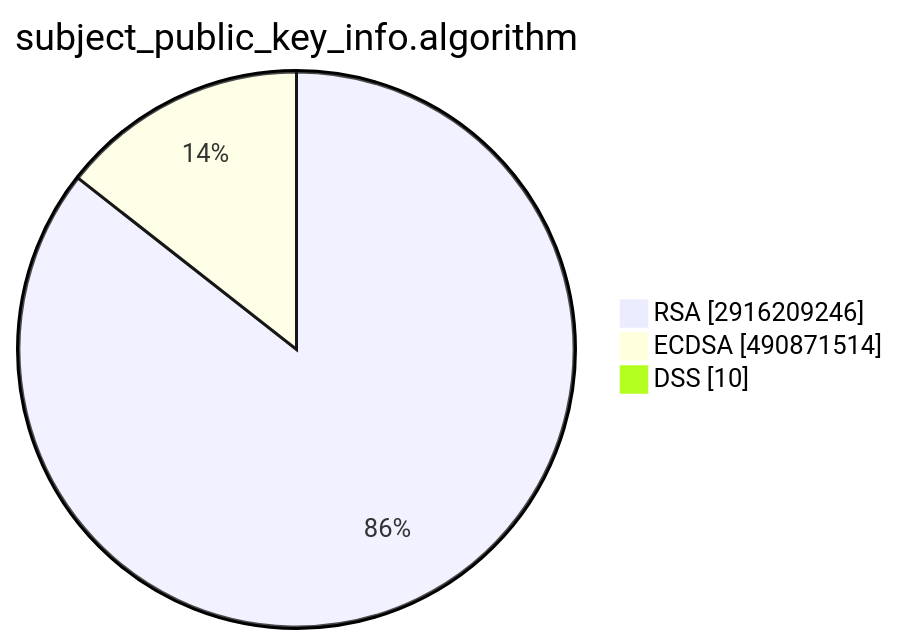
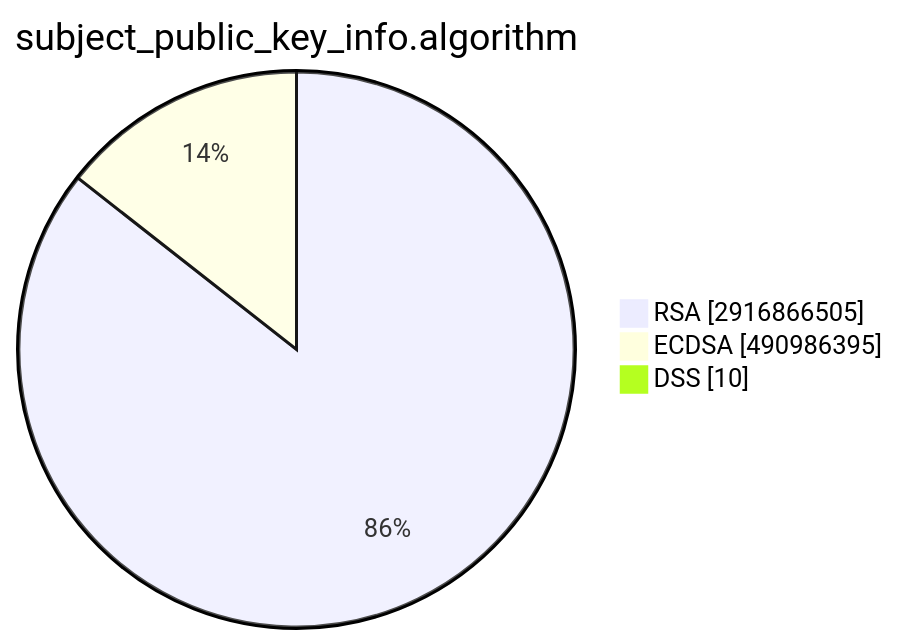
One commit to christiankrug/ctmonitor_visualization changed the second of 15 diagrams in TOTAL/README.md. Above: the diagram before and after it, drawn with Mermaid. The commit also changed other lines of this file, not shown here.

````diff
--- a/TOTAL/README.md
+++ b/TOTAL/README.md
@@ -6,7 +6,7 @@
 ```mermaid
 pie showData
 title subject_public_key_info.algorithm
-"RSA" :2916209246
-"ECDSA" :490871514
+"RSA" :2916866505
+"ECDSA" :490986395
 "DSS" :10
 ```
````
